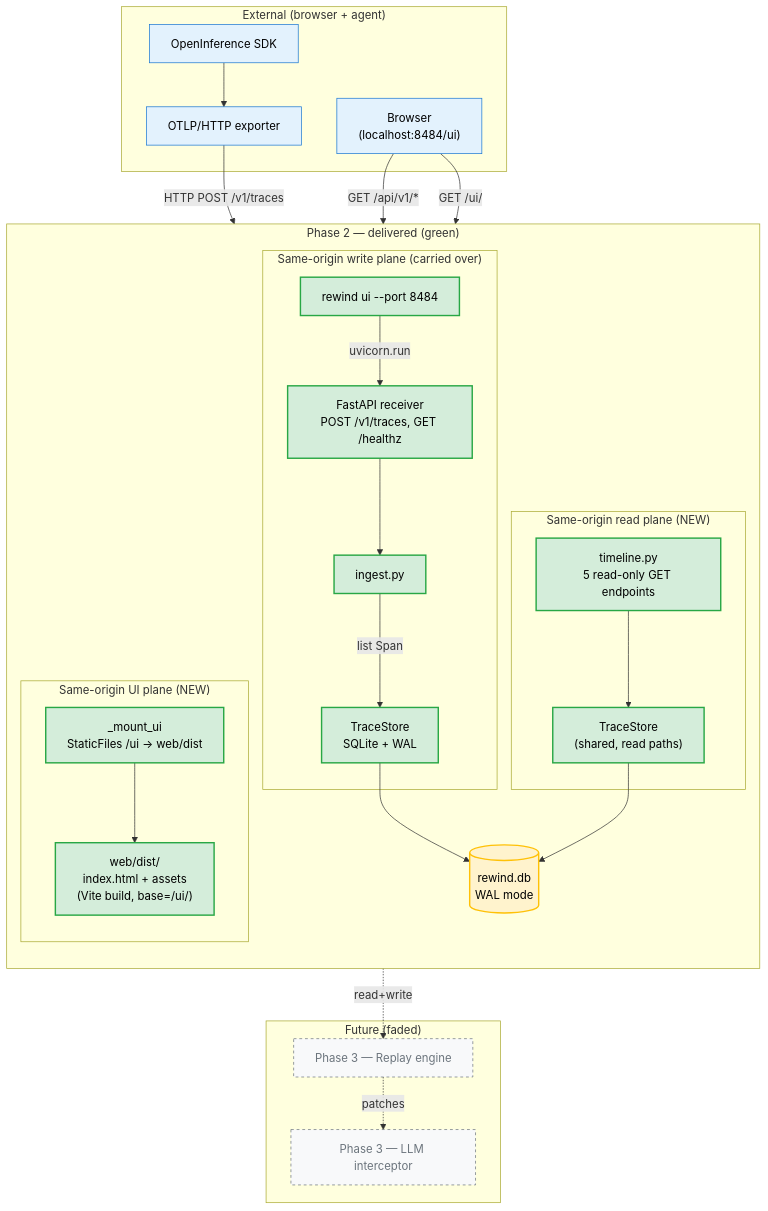
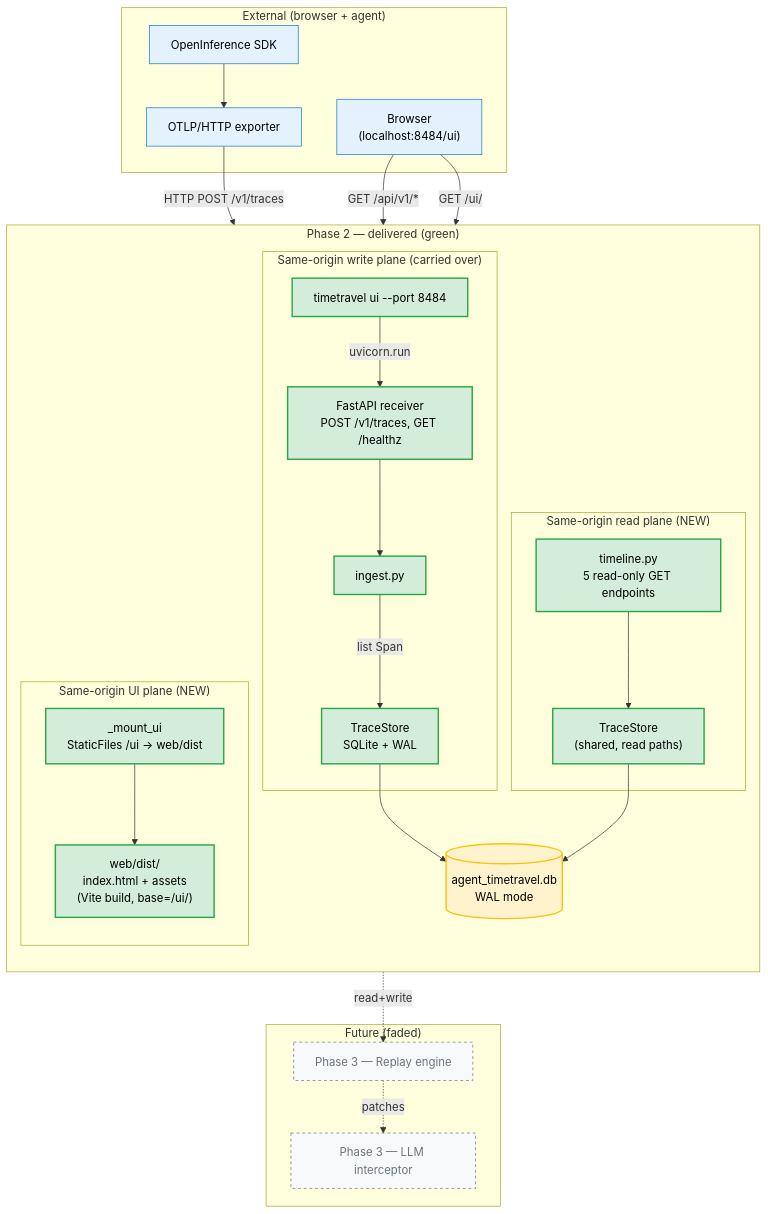
Before and after one commit to akshay-mp/Rewind: the first of 3 diagrams in docs/phases/phase-2.md, drawn with Mermaid. The commit also changed other lines of this file and 244 other files, not shown here.

First line of the commit message:
Rebrand to agent-timetravel

````diff
--- a/docs/phases/phase-2.md
+++ b/docs/phases/phase-2.md
@@ -126,56 +126,56 @@
 ```mermaid
 flowchart TB
     subgraph P2Delivered["Phase 2 — delivered (green)"]
         direction TB
         subgraph WritePlane["Same-origin write plane (carried over)"]
-            CLI["rewind ui --port 8484"]
+            CLI["timetravel ui --port 8484"]
             Receiver["FastAPI receiver<br/>POST /v1/traces, GET /healthz"]
             Ingest["ingest.py"]
             StoreW["TraceStore<br/>SQLite + WAL"]
         end
         subgraph ReadPlane["Same-origin read plane (NEW)"]
             Timeline["timeline.py<br/>5 read-only GET endpoints"]
             StoreR["TraceStore<br/>(shared, read paths)"]
         end
         subgraph UIPlane["Same-origin UI plane (NEW)"]
             Mount["_mount_ui<br/>StaticFiles /ui → web/dist"]
             Dist["web/dist/<br/>index.html + assets<br/>(Vite build, base=/ui/)"]
         end
-        DB[("rewind.db<br/>WAL mode")]
+        DB[("agent_timetravel.db<br/>WAL mode")]
     end
 
     subgraph P2Future["Future (faded)"]
         Engine["Phase 3 — Replay engine"]
         Interceptor["Phase 3 — LLM interceptor"]
     end
 
     subgraph P2External["External (browser + agent)"]
         AgentSDK["OpenInference SDK"]
         OTLP["OTLP/HTTP exporter"]
         Browser["Browser<br/>(localhost:8484/ui)"]
     end
 
     AgentSDK --> OTLP
     OTLP -->|HTTP POST /v1/traces| Receiver
     Browser -->|GET /api/v1/*| Timeline
     Browser -->|GET /ui/| Mount
     CLI -->|uvicorn.run| Receiver
     Receiver --> Ingest
     Ingest -->|list Span| StoreW
     StoreW --> DB
     Timeline --> StoreR
     StoreR --> DB
     Mount --> Dist
     DB -.read+write.-> Engine
     Engine -.patches.-> Interceptor
 
     classDef delivered fill:#d4edda,stroke:#28a745,stroke-width:2px,color:#000
     classDef future fill:#f8f9fa,stroke:#6c757d,stroke-dasharray:4 4,color:#6c757d
     classDef ext fill:#e3f2fd,stroke:#1976d2,stroke-width:1px,color:#000
     classDef db fill:#fff3cd,stroke:#ffc107,stroke-width:2px,color:#000
 
     class CLI,Receiver,Ingest,StoreW,Timeline,StoreR,Mount,Dist delivered
     class DB db
     class Engine,Interceptor future
     class AgentSDK,OTLP,Browser ext
 ```
````
